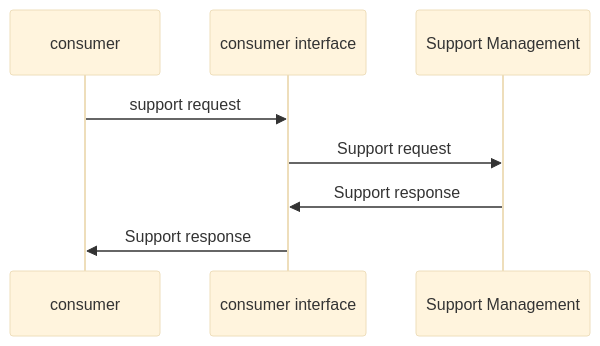
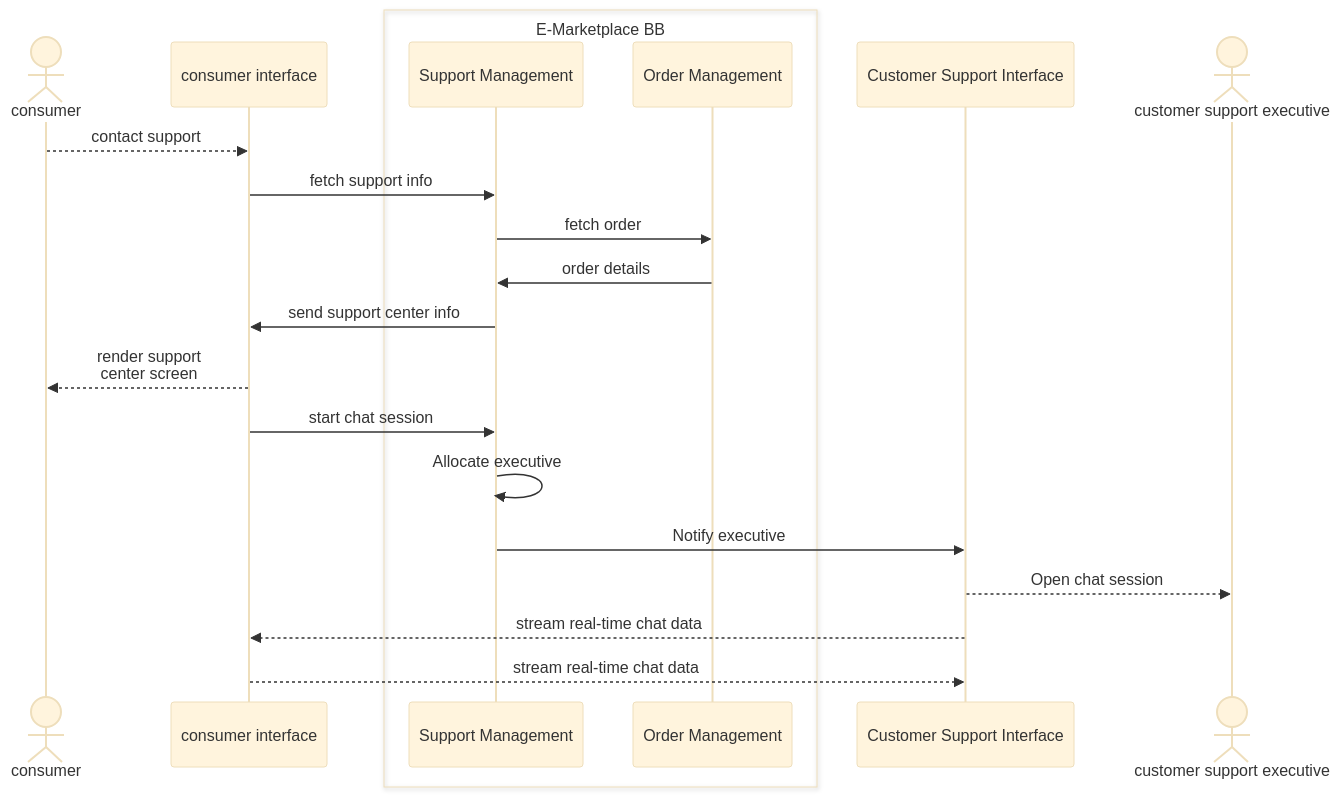
Diagram 17 of 17 in spec/9-workflows.md (GovStackWorkingGroup/bb-emarketplace), drawn with Mermaid (base theme) before and after one commit.

Commit message:
GITBOOK-67: Update seq diagrams - Support Management

````diff
--- a/spec/9-workflows.md
+++ b/spec/9-workflows.md
@@ -437,8 +437,24 @@
 ```mermaid
 sequenceDiagram
-consumer->>consumer interface: support request
-    consumer interface->>Support Management:Support request
-Support Management->>consumer interface:Support response
-consumer interface->>consumer:Support response
+    Actor consumer
+    participant consumer interface
+    box E-Marketplace BB
+    participant Support Management
+    participant Order Management
+    end
+    participant Customer Support Interface
+    Actor customer support executive
+    consumer-->>consumer interface: contact support
+    consumer interface->>Support Management: fetch support info
+    Support Management->>Order Management: fetch order
+    Order Management->>Support Management: order details
+    Support Management->> consumer interface: send support center info
+    consumer interface-->>consumer: render support <br/> center screen
+    consumer interface->>Support Management: start chat session
+    Support Management->>Support Management: Allocate executive
+    Support Management->>Customer Support Interface: Notify executive
+    Customer Support Interface-->>customer support executive: Open chat session
+    Customer Support Interface-->>consumer interface: stream real-time chat data
+    consumer interface-->>Customer Support Interface: stream real-time chat data
     
 ```
````
